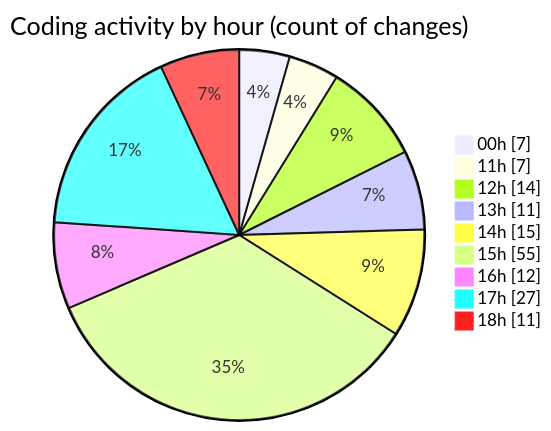
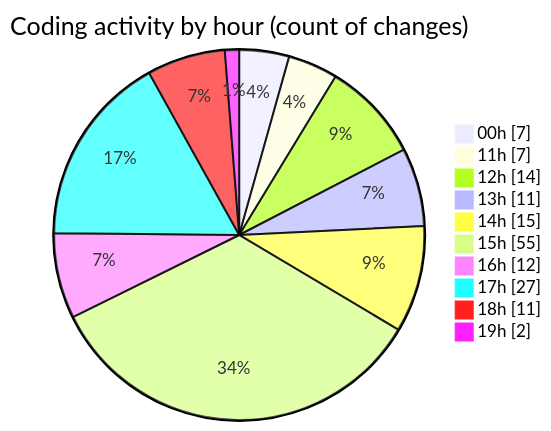
One commit to julien-gomy/code-tracking changed the second of 2 diagrams in 2025-10-08/eventscop-frontend-guide__workspace_/README.md. Above: the diagram before and after it, drawn with Mermaid. The commit also changed other lines of this file and 1 other file, not shown here.

````diff
--- a/2025-10-08/eventscop-frontend-guide__workspace_/README.md
+++ b/2025-10-08/eventscop-frontend-guide__workspace_/README.md
@@ -58,13 +58,14 @@
 ```mermaid
 pie showData
 title Coding activity by hour (count of changes)
 "00h" : 7
 "11h" : 7
 "12h" : 14
 "13h" : 11
 "14h" : 15
 "15h" : 55
 "16h" : 12
 "17h" : 27
 "18h" : 11
+"19h" : 2
 ```
````
